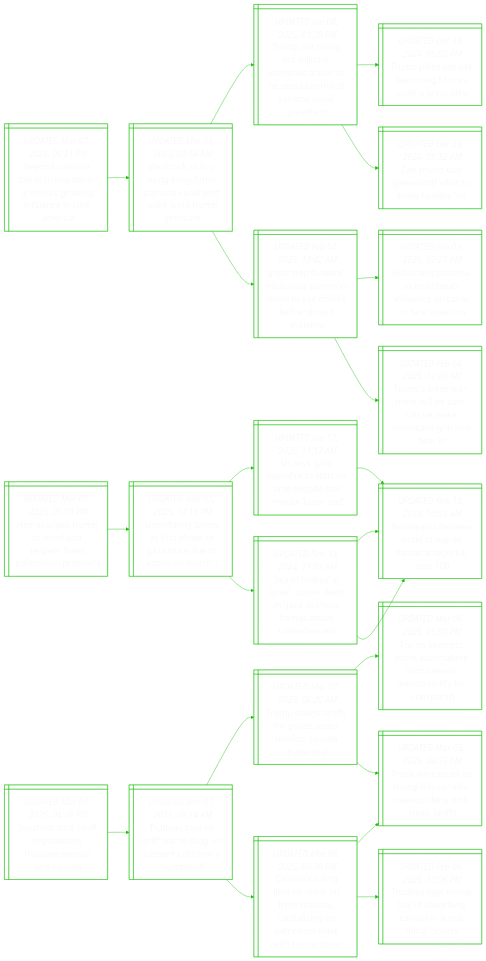
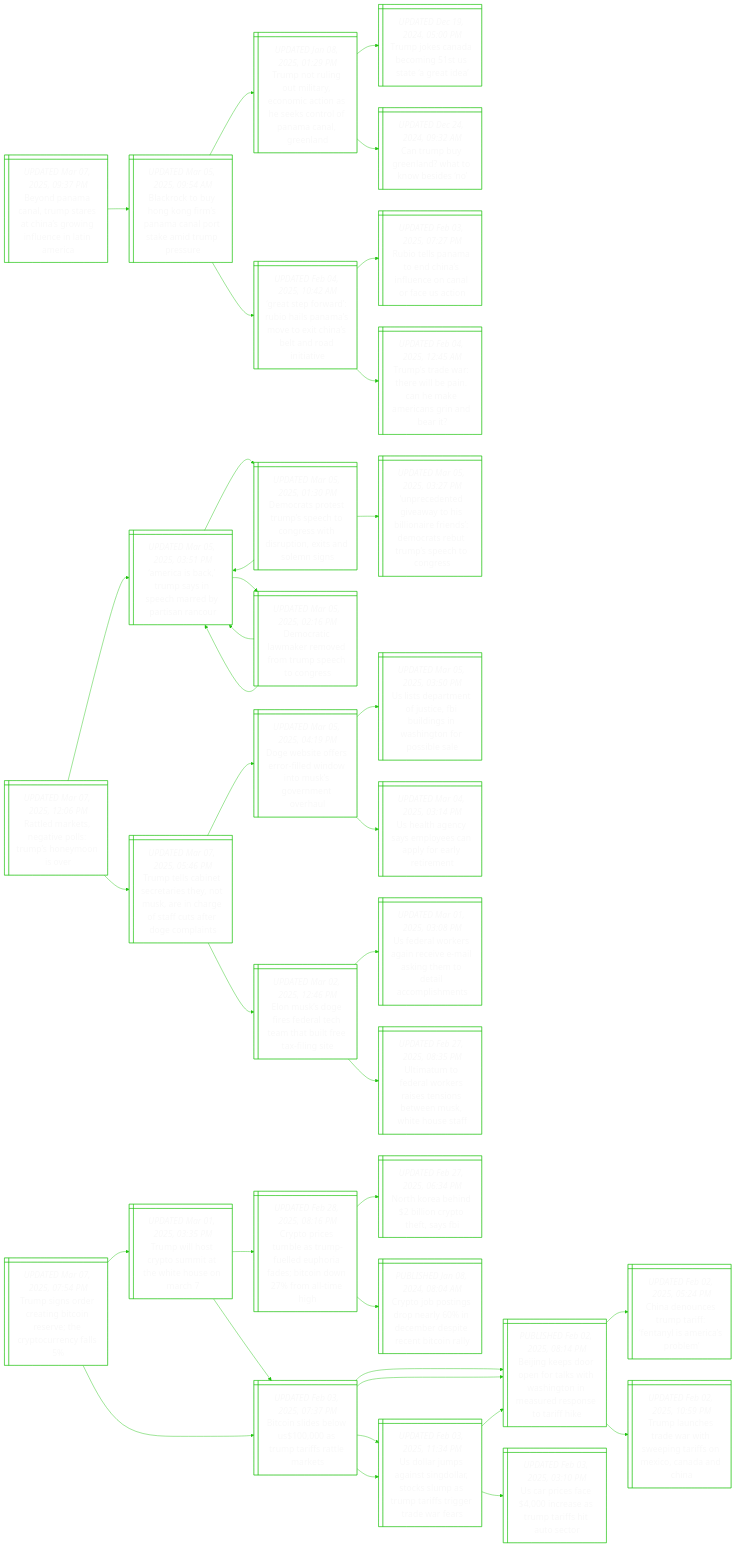
The diagram in README.md (notJmes/notJmes), drawn with Mermaid before and after one commit. The commit also changed other lines of this file, not shown here.

````diff
--- a/README.md
+++ b/README.md
@@ -16,7 +16,7 @@
 flowchart LR
 classDef txtsize font-size:20px;
 
-BdmamrCsifcama@{ shape: win-pane, label: "_UPDATED Mar 07, 2025, 06:21 PM_
+BdmamrCsifcama@{ shape: win-pane, label: "_UPDATED Mar 07, 2025, 09:37 PM_
 Beyond panama canal, trump stares at china’s growing influence in latin america" }
 BRoonmanrkdps@{ shape: win-pane, label: "_UPDATED Mar 05, 2025, 09:54 AM_
 Blackrock to buy hong kong firm’s panama canal port stake amid trump pressure" }
@@ -41,51 +41,96 @@
 GsodosmvxiedIa:::txtsize --> RtPadalenfSo:::txtsize
 GsodosmvxiedIa:::txtsize --> Tsehipaaenne:::txtsize
 
-HuTttetdsass@{ shape: win-pane, label: "_UPDATED Mar 07, 2025, 06:19 PM_
-Hamas urges trump to meet and ‘respect’ freed palestinian prisoners" }
-UtysraGruxoc@{ shape: win-pane, label: "_UPDATED Mar 01, 2025, 10:11 PM_
-Uncertainty looms as first phase of gaza truce due to expire on march 1" }
-Uscfotmpanon@{ shape: win-pane, label: "_UPDATED Jan 17, 2025, 11:12 AM_
-Us says gaza ceasefire to start on time despite last minute ‘loose end’" }
-NyeeawHakl@{ shape: win-pane, label: "_UPDATED Nov 13, 2024, 10:58 AM_
-Netanyahu declares israel at war as hamas attacks kill over 100" }
-Sbsrcdnacaale@{ shape: win-pane, label: "_UPDATED Nov 13, 2024, 11:02 AM_
-‘sea of bodies’ in israel, scores dead in gaza as shock hamas attack unleashes war" }
-NyeeawHakl@{ shape: win-pane, label: "_UPDATED Nov 13, 2024, 10:58 AM_
-Netanyahu declares israel at war as hamas attacks kill over 100" }
-NyeeawHakl@{ shape: win-pane, label: "_UPDATED Nov 13, 2024, 10:58 AM_
-Netanyahu declares israel at war as hamas attacks kill over 100" }
+Rekevlmnov@{ shape: win-pane, label: "_UPDATED Mar 07, 2025, 12:06 PM_
+Rattled markets, negative polls: trump’s honeymoon is over" }
+Acauypmdrno@{ shape: win-pane, label: "_UPDATED Mar 05, 2025, 03:51 PM_
+‘america is back,’ trump says in speech marred by partisan rancour" }
+DrrtpeCetrotsns@{ shape: win-pane, label: "_UPDATED Mar 05, 2025, 01:30 PM_
+Democrats protest trump’s speech to congress with disruption, exits and solemn signs" }
+Acauypmdrno@{ shape: win-pane, label: "_UPDATED Mar 05, 2025, 03:51 PM_
+‘america is back,’ trump says in speech marred by partisan rancour" }
+Uctvysireeabuptg@{ shape: win-pane, label: "_UPDATED Mar 05, 2025, 03:27 PM_
+‘unprecedented giveaway to his billionaire friends’: democrats rebut trump’s speech to congress" }
+Drlkmfrptg@{ shape: win-pane, label: "_UPDATED Mar 05, 2025, 02:16 PM_
+Democratic lawmaker removed from trump speech to congress" }
+Acauypmdrno@{ shape: win-pane, label: "_UPDATED Mar 05, 2025, 03:51 PM_
+‘america is back,’ trump says in speech marred by partisan rancour" }
+Acauypmdrno@{ shape: win-pane, label: "_UPDATED Mar 05, 2025, 03:51 PM_
+‘america is back,’ trump says in speech marred by partisan rancour" }
+TtCerieMrhofsrca@{ shape: win-pane, label: "_UPDATED Mar 07, 2025, 05:46 PM_
+Trump tells cabinet secretaries they, not musk, are in charge of staff cuts after doge complaints" }
+Deerolnnsveel@{ shape: win-pane, label: "_UPDATED Mar 05, 2025, 04:19 PM_
+Doge website offers error-filled window into musk’s government overhaul" }
+UtanueunWnfse@{ shape: win-pane, label: "_UPDATED Mar 05, 2025, 03:50 PM_
+Us lists department of justice, fbi buildings in washington for possible sale" }
+Uleapeafrte@{ shape: win-pane, label: "_UPDATED Mar 04, 2025, 03:14 PM_
+Us health agency says employees can apply for early retirement" }
+Euordtealeis@{ shape: win-pane, label: "_UPDATED Mar 02, 2025, 12:46 PM_
+Elon musk’s doge fires federal tech team that built free tax-filing site" }
+Ueosniakhdlmhs@{ shape: win-pane, label: "_UPDATED Mar 01, 2025, 03:08 PM_
+Us federal workers again receive e-mail asking them to detail accomplishments" }
+UaorrrsienWHs@{ shape: win-pane, label: "_UPDATED Feb 27, 2025, 08:35 PM_
+Ultimatum to federal workers raises tensions between musk, white house staff" }
 
-HuTttetdsass:::txtsize --> UtysraGruxoc:::txtsize
-UtysraGruxoc:::txtsize --> Uscfotmpanon:::txtsize
-Uscfotmpanon:::txtsize --> NyeeawHakl:::txtsize
-UtysraGruxoc:::txtsize --> Sbsrcdnacaale:::txtsize
-Sbsrcdnacaale:::txtsize --> NyeeawHakl:::txtsize
-Sbsrcdnacaale:::txtsize --> NyeeawHakl:::txtsize
+Rekevlmnov:::txtsize --> Acauypmdrno:::txtsize
+Acauypmdrno:::txtsize --> DrrtpeCetrotsns:::txtsize
+DrrtpeCetrotsns:::txtsize --> Acauypmdrno:::txtsize
+DrrtpeCetrotsns:::txtsize --> Uctvysireeabuptg:::txtsize
+Acauypmdrno:::txtsize --> Drlkmfrptg:::txtsize
+Drlkmfrptg:::txtsize --> Acauypmdrno:::txtsize
+Drlkmfrptg:::txtsize --> Acauypmdrno:::txtsize
+Rekevlmnov:::txtsize --> TtCerieMrhofsrca:::txtsize
+TtCerieMrhofsrca:::txtsize --> Deerolnnsveel:::txtsize
+Deerolnnsveel:::txtsize --> UtanueunWnfse:::txtsize
+Deerolnnsveel:::txtsize --> Uleapeafrte:::txtsize
+TtCerieMrhofsrca:::txtsize --> Euordtealeis:::txtsize
+Euordtealeis:::txtsize --> Ueosniakhdlmhs:::txtsize
+Euordtealeis:::txtsize --> UaorrrsienWHs:::txtsize
 
-Poafoiraxna@{ shape: win-pane, label: "_UPDATED Mar 07, 2025, 04:26 PM_
-‘psychodrama’ tariff negotiations frustrate mexico and canada" }
-TasrarBnlas@{ shape: win-pane, label: "_UPDATED Mar 07, 2025, 06:14 AM_
-Trudeau says us tariff war to drag on, bessent calls him a ‘numbskull’" }
-Tdsfrsrcaaa@{ shape: win-pane, label: "_UPDATED Mar 07, 2025, 06:20 AM_
-Trump delays tariffs for goods under mexico, canada trade deal" }
-TetemsCaciom@{ shape: win-pane, label: "_UPDATED Mar 06, 2025, 05:08 PM_
-Trump exempts some automakers from canada, mexico tariffs for one month" }
-TwrspCacnhpf@{ shape: win-pane, label: "_UPDATED Mar 05, 2025, 04:35 PM_
-Trade wars erupt as trump hits canada, mexico, china with steep tariffs" }
-CaibsomepiorseTb@{ shape: win-pane, label: "_UPDATED Mar 06, 2025, 09:30 PM_
-Canada’s ruling liberals move on from trudeau, capitalising on patriotism wave with trump boost" }
-TwrspCacnhpf@{ shape: win-pane, label: "_UPDATED Mar 05, 2025, 04:35 PM_
-Trade wars erupt as trump hits canada, mexico, china with steep tariffs" }
-Taspoogdrho@{ shape: win-pane, label: "_UPDATED Feb 08, 2025, 10:06 PM_
-Trudeau says trump talk of absorbing canada is ‘a real thing’: source" }
+Tsocitrvcoea@{ shape: win-pane, label: "_UPDATED Mar 07, 2025, 07:54 PM_
+Trump signs order creating bitcoin reserve; the cryptocurrency falls 5%" }
+TwoyuaWHoc@{ shape: win-pane, label: "_UPDATED Mar 01, 2025, 03:35 PM_
+Trump will host crypto summit at the white house on march 7" }
+CoebTfehfBinamh@{ shape: win-pane, label: "_UPDATED Feb 28, 2025, 08:16 PM_
+Crypto prices tumble as trump-fuelled euphoria fades; bitcoin down 27% from all-time high" }
+NKbdiyhaI@{ shape: win-pane, label: "_UPDATED Feb 27, 2025, 06:34 PM_
+North korea behind $2 billion crypto theft, says fbi" }
+CoogpleepeBil@{ shape: win-pane, label: "_PUBLISHED Jan 08, 2024, 08:04 AM_
+Crypto job postings drop nearly 60% in december despite recent bitcoin rally" }
+Bidlamiamt@{ shape: win-pane, label: "_UPDATED Feb 03, 2025, 07:37 PM_
+Bitcoin slides below us$100,000 as trump tariffs rattle markets" }
+Bnprflthoeeptik@{ shape: win-pane, label: "_PUBLISHED Feb 02, 2025, 08:14 PM_
+Beijing keeps door open for talks with washington in measured response to tariff hike" }
+UlmaSosspurtedf@{ shape: win-pane, label: "_UPDATED Feb 03, 2025, 11:34 PM_
+Us dollar jumps against singdollar, stocks slump as trump tariffs trigger trade war fears" }
+Bidlamiamt@{ shape: win-pane, label: "_UPDATED Feb 03, 2025, 07:37 PM_
+Bitcoin slides below us$100,000 as trump tariffs rattle markets" }
+Bnprflthoeeptik@{ shape: win-pane, label: "_PUBLISHED Feb 02, 2025, 08:14 PM_
+Beijing keeps door open for talks with washington in measured response to tariff hike" }
+CdnraFnAco@{ shape: win-pane, label: "_UPDATED Feb 02, 2025, 05:24 PM_
+China denounces trump tariff: ‘fentanyl is america’s problem’" }
+Tlharsiroinnn@{ shape: win-pane, label: "_UPDATED Feb 02, 2025, 10:59 PM_
+Trump launches trade war with sweeping tariffs on mexico, canada and china" }
+UlmaSosspurtedf@{ shape: win-pane, label: "_UPDATED Feb 03, 2025, 11:34 PM_
+Us dollar jumps against singdollar, stocks slump as trump tariffs trigger trade war fears" }
+Bnprflthoeeptik@{ shape: win-pane, label: "_PUBLISHED Feb 02, 2025, 08:14 PM_
+Beijing keeps door open for talks with washington in measured response to tariff hike" }
+UpsiaTtfae@{ shape: win-pane, label: "_UPDATED Feb 03, 2025, 03:10 PM_
+Us car prices face $4,000 increase as trump tariffs hit auto sector" }
 
-Poafoiraxna:::txtsize --> TasrarBnlas:::txtsize
-TasrarBnlas:::txtsize --> Tdsfrsrcaaa:::txtsize
-Tdsfrsrcaaa:::txtsize --> TetemsCaciom:::txtsize
-Tdsfrsrcaaa:::txtsize --> TwrspCacnhpf:::txtsize
-TasrarBnlas:::txtsize --> CaibsomepiorseTb:::txtsize
-CaibsomepiorseTb:::txtsize --> TwrspCacnhpf:::txtsize
-CaibsomepiorseTb:::txtsize --> Taspoogdrho:::txtsize
+Tsocitrvcoea:::txtsize --> TwoyuaWHoc:::txtsize
+TwoyuaWHoc:::txtsize --> CoebTfehfBinamh:::txtsize
+CoebTfehfBinamh:::txtsize --> NKbdiyhaI:::txtsize
+CoebTfehfBinamh:::txtsize --> CoogpleepeBil:::txtsize
+TwoyuaWHoc:::txtsize --> Bidlamiamt:::txtsize
+Bidlamiamt:::txtsize --> Bnprflthoeeptik:::txtsize
+Bidlamiamt:::txtsize --> UlmaSosspurtedf:::txtsize
+Tsocitrvcoea:::txtsize --> Bidlamiamt:::txtsize
+Bidlamiamt:::txtsize --> Bnprflthoeeptik:::txtsize
+Bnprflthoeeptik:::txtsize --> CdnraFnAco:::txtsize
+Bnprflthoeeptik:::txtsize --> Tlharsiroinnn:::txtsize
+Bidlamiamt:::txtsize --> UlmaSosspurtedf:::txtsize
+UlmaSosspurtedf:::txtsize --> Bnprflthoeeptik:::txtsize
+UlmaSosspurtedf:::txtsize --> UpsiaTtfae:::txtsize
 
 ```
````
